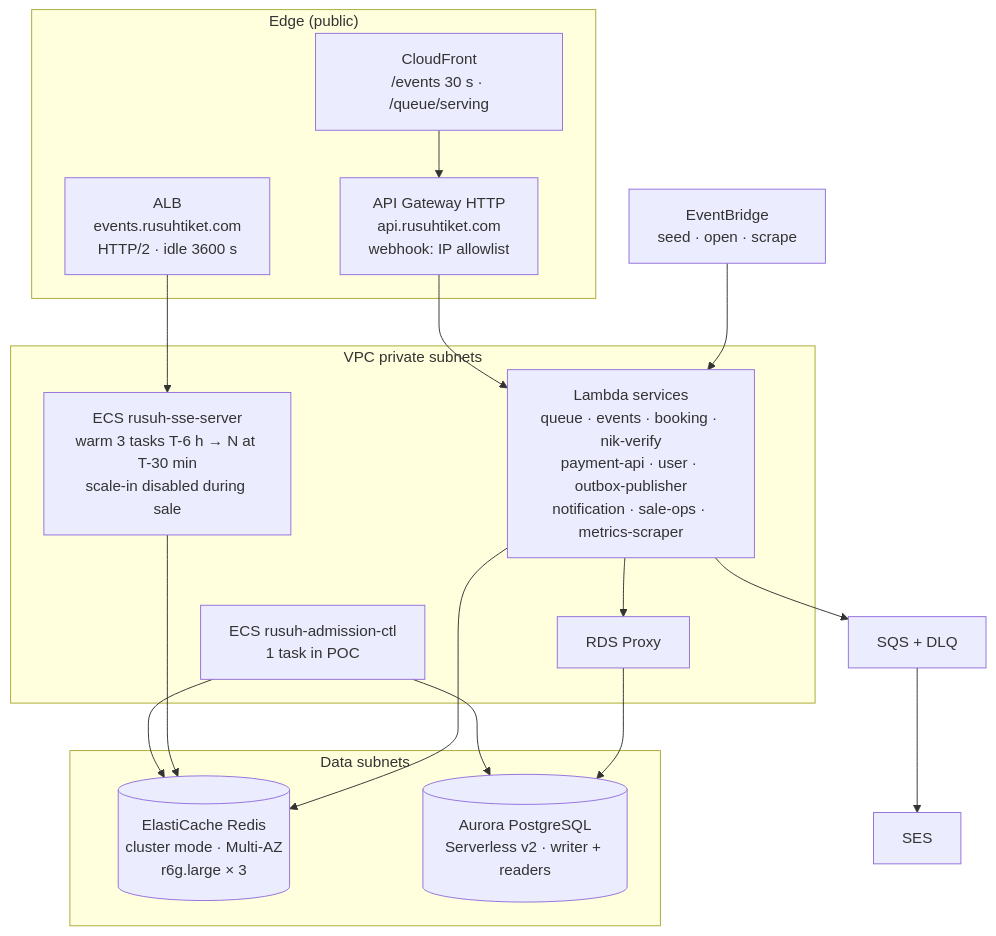
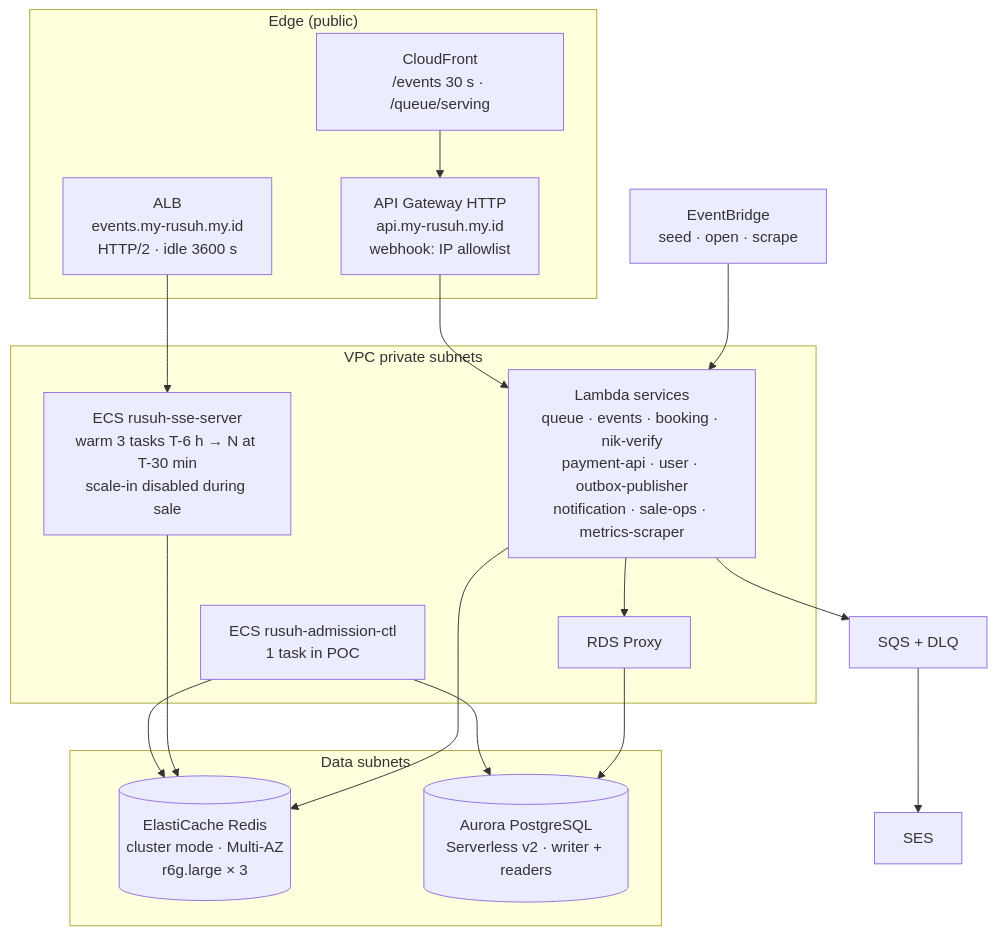
One commit to PTServerJanganTumbang-BookingTicket/documentations changed the ninth of 9 diagrams in architecture/high-level-design.md. Above: the diagram before and after it, drawn with Mermaid. The commit also changed other lines of this file and 5 other files, not shown here.

````diff
--- a/architecture/high-level-design.md
+++ b/architecture/high-level-design.md
@@ -456,32 +456,32 @@
 ```mermaid
 flowchart TB
     subgraph Edge["Edge (public)"]
         CF[CloudFront<br/>/events 30 s · /queue/serving]
-        APIGW[API Gateway HTTP<br/>api.rusuhtiket.com<br/>webhook: IP allowlist]
-        ALB[ALB<br/>events.rusuhtiket.com<br/>HTTP/2 · idle 3600 s]
+        APIGW[API Gateway HTTP<br/>api.my-rusuh.my.id<br/>webhook: IP allowlist]
+        ALB[ALB<br/>events.my-rusuh.my.id<br/>HTTP/2 · idle 3600 s]
     end
 
     subgraph Private["VPC private subnets"]
         L[Lambda services<br/>queue · events · booking · nik-verify<br/>payment-api · user · outbox-publisher<br/>notification · sale-ops · metrics-scraper]
         SSE[ECS rusuh-sse-server<br/>warm 3 tasks T-6 h → N at T-30 min<br/>scale-in disabled during sale]
         CTL[ECS rusuh-admission-ctl<br/>1 task in POC]
         PX[RDS Proxy]
     end
 
     subgraph DataSub["Data subnets"]
         RC[(ElastiCache Redis<br/>cluster mode · Multi-AZ<br/>r6g.large × 3)]
         AU[(Aurora PostgreSQL<br/>Serverless v2 · writer + readers)]
     end
 
     SQS[SQS + DLQ] --> SESN[SES]
     EB[EventBridge<br/>seed · open · scrape] --> L
 
     CF --> APIGW --> L
     ALB --> SSE
     L --> RC
     L --> PX --> AU
     SSE --> RC
     CTL --> RC
     CTL --> AU
     L --> SQS
 ```
````
